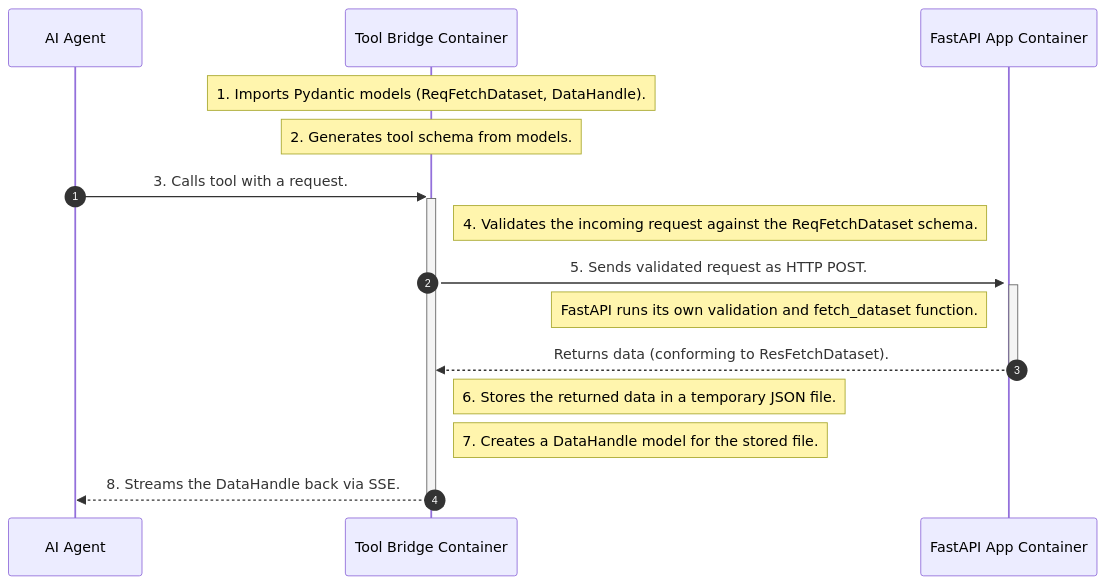
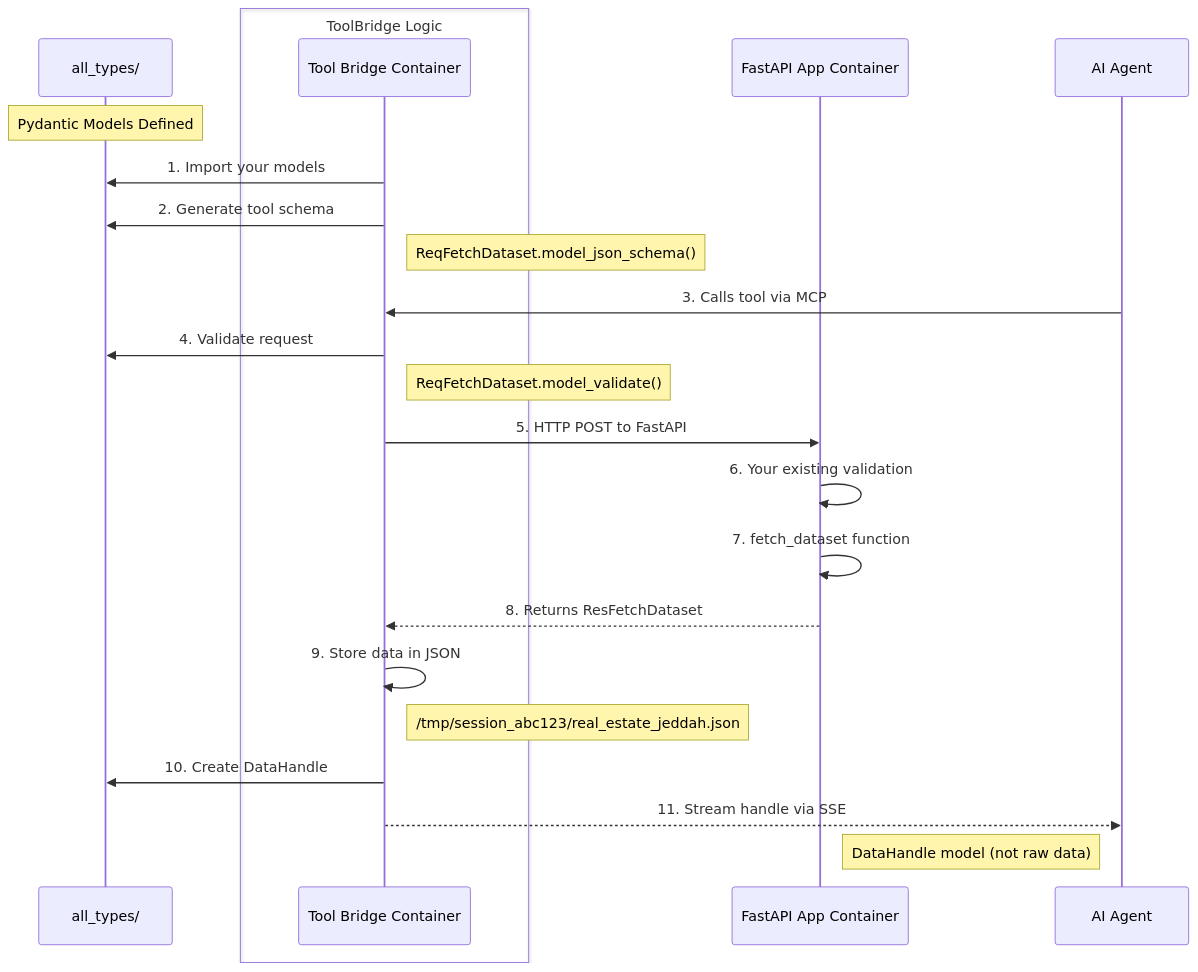
The second of 4 diagrams in tool_bridge_mcp_server/Model Context Protocol (MCP) Guide.md (ImadSaddik/backend2), drawn with Mermaid before and after one commit.

Commit message:
refactor MCP Guide mermaid sequence diagram to enhance clarity and detail in the data handling flow

````diff
--- a/tool_bridge_mcp_server/Model Context Protocol (MCP) Guide.md
+++ b/tool_bridge_mcp_server/Model Context Protocol (MCP) Guide.md
@@ -267,26 +267,32 @@
 ```mermaid
 sequenceDiagram
-    autonumber
-    participant AI Agent
+    participant Models as all_types/
     participant ToolBridge as Tool Bridge Container
     participant FastAPI as FastAPI App Container
+    participant AI_Agent as AI Agent
 
-    note over ToolBridge: 1. Imports Pydantic models (ReqFetchDataset, DataHandle).
-    note over ToolBridge: 2. Generates tool schema from models.
+    Note over Models: Pydantic Models Defined
+    box ToolBridge Logic
+        participant ToolBridge
+    end
 
-    AI Agent->>+ToolBridge: 3. Calls tool with a request.
-    
-    note right of ToolBridge: 4. Validates the incoming request against the ReqFetchDataset schema.
-    
-    ToolBridge->>+FastAPI: 5. Sends validated request as HTTP POST.
-    activate FastAPI
-    note left of FastAPI: FastAPI runs its own validation and fetch_dataset function.
-    FastAPI-->>ToolBridge: Returns data (conforming to ResFetchDataset).
-    deactivate FastAPI
-    
-    note right of ToolBridge: 6. Stores the returned data in a temporary JSON file.
-    
-    note right of ToolBridge: 7. Creates a DataHandle model for the stored file.
+    ToolBridge->>Models: 1. Import your models
+    ToolBridge->>Models: 2. Generate tool schema
+    Note right of ToolBridge: ReqFetchDataset.model_json_schema()
 
-    ToolBridge-->>-AI Agent: 8. Streams the DataHandle back via SSE.
+    AI_Agent->>ToolBridge: 3. Calls tool via MCP
+    ToolBridge->>Models: 4. Validate request
+    Note right of ToolBridge: ReqFetchDataset.model_validate()
+
+    ToolBridge->>FastAPI: 5. HTTP POST to FastAPI
+    FastAPI->>FastAPI: 6. Your existing validation
+    FastAPI->>FastAPI: 7. fetch_dataset function
+    FastAPI-->>ToolBridge: 8. Returns ResFetchDataset
+
+    ToolBridge->>ToolBridge: 9. Store data in JSON
+    Note right of ToolBridge: /tmp/session_abc123/real_estate_jeddah.json
+
+    ToolBridge->>Models: 10. Create DataHandle
+    ToolBridge-->>AI_Agent: 11. Stream handle via SSE
+    Note left of AI_Agent: DataHandle model (not raw data)
 ```
````
